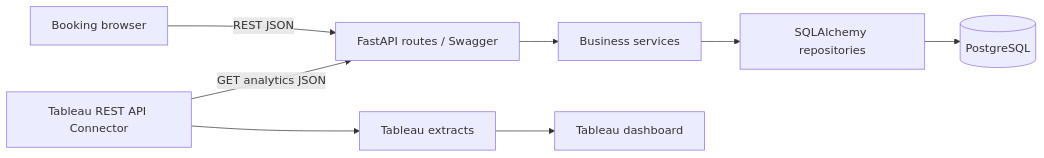
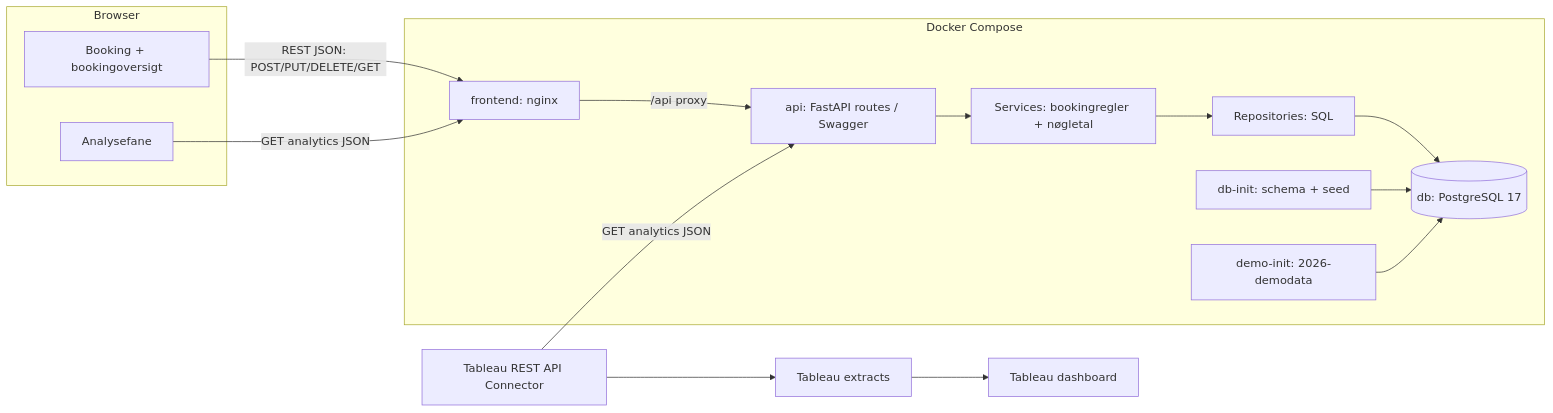
One commit to StormDyva/Hotel-Kong-Arthur changed the diagram in README.md. Above: the diagram before and after it, drawn with Mermaid. The commit also changed other lines of this file and 5 other files, not shown here.

First line of the commit message:
docs(T-047): sidste Converge, SWA-svar, README-diagram og sporbarhed

````diff
--- a/README.md
+++ b/README.md
@@ -58,10 +58,19 @@
 ```mermaid
 flowchart LR
-    Browser[Booking browser] -->|REST JSON| API[FastAPI routes / Swagger]
-    API --> Service[Business services]
-    Service --> Repository[SQLAlchemy repositories]
-    Repository --> DB[(PostgreSQL)]
+    subgraph Browser
+        Booking[Booking + bookingoversigt]
+        Analyse[Analysefane]
+    end
+    subgraph Compose[Docker Compose]
+        Nginx[frontend: nginx] -->|/api proxy| API[api: FastAPI routes / Swagger]
+        API --> Service[Services: bookingregler + nøgletal]
+        Service --> Repository[Repositories: SQL]
+        Repository --> DB[(db: PostgreSQL 17)]
+        DBInit[db-init: schema + seed] --> DB
+        DemoInit[demo-init: 2026-demodata] --> DB
+    end
+    Booking -->|REST JSON: POST/PUT/DELETE/GET| Nginx
+    Analyse -->|GET analytics JSON| Nginx
     Connector[Tableau REST API Connector] -->|GET analytics JSON| API
-    Connector --> Extract[Tableau extracts]
-    Extract --> Tableau[Tableau dashboard]
+    Connector --> Extract[Tableau extracts] --> Tableau[Tableau dashboard]
 ```
````
